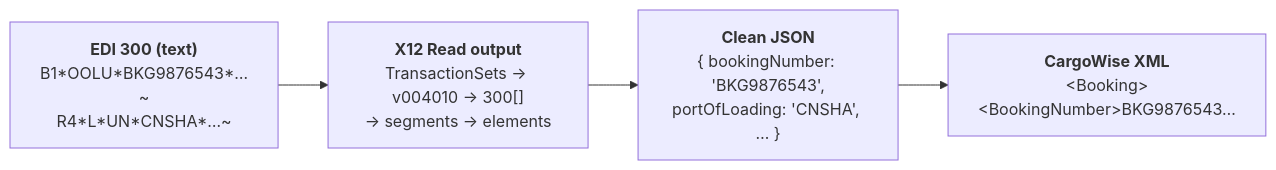
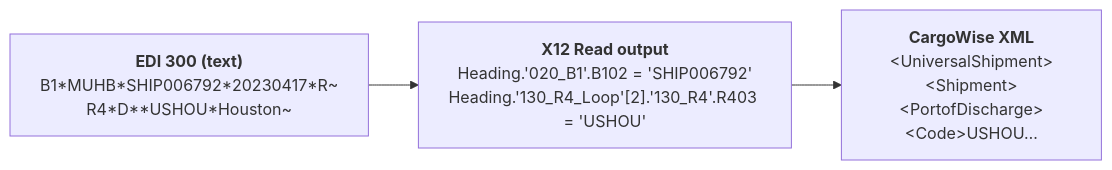
One commit to developerashok99/mule-project-session changed diagram 12 of 21 in notes/part1-super-detailed.md. Above: the diagram before and after it, drawn with Mermaid. The commit also changed other lines of this file and 10 other files, not shown here.

````diff
--- a/notes/part1-super-detailed.md
+++ b/notes/part1-super-detailed.md
@@ -459,6 +576,5 @@
 ```mermaid
 flowchart LR
-    A["<b>EDI 300 (text)</b><br/>B1*OOLU*BKG9876543*…~<br/>R4*L*UN*CNSHA*…~"] --> B["<b>X12 Read output</b><br/>TransactionSets → v004010 → 300[]<br/>→ segments → elements"]
-    B --> C["<b>Clean JSON</b><br/>{ bookingNumber: 'BKG9876543',<br/>portOfLoading: 'CNSHA', … }"]
-    C --> D["<b>CargoWise XML</b><br/>&lt;Booking&gt;&lt;BookingNumber&gt;BKG9876543…"]
+    A["<b>EDI 300 (text)</b><br/>B1*MUHB*SHIP006792*20230417*R~<br/>R4*D**USHOU*Houston~"] --> B["<b>X12 Read output</b><br/>Heading.'020_B1'.B102 = 'SHIP006792'<br/>Heading.'130_R4_Loop'[2].'130_R4'.R403 = 'USHOU'"]
+    B --> C["<b>CargoWise XML</b><br/>&lt;UniversalShipment&gt;&lt;Shipment&gt;<br/>&lt;PortofDischarge&gt;&lt;Code&gt;USHOU…"]
 ```
````
